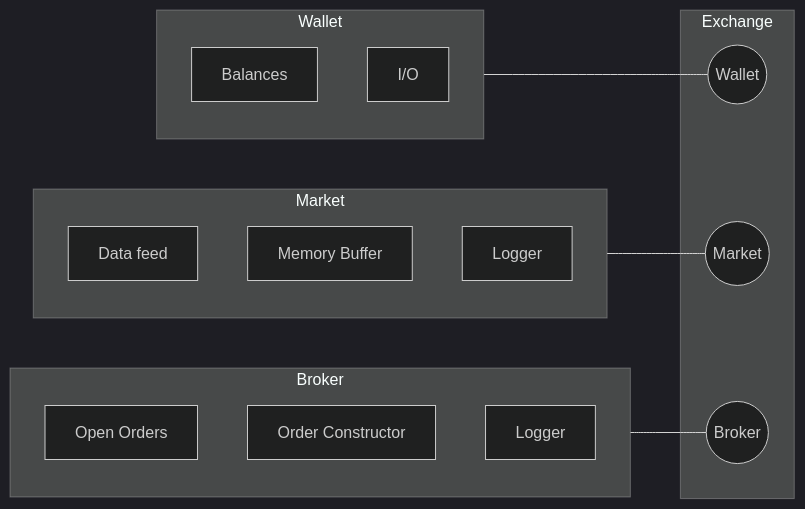
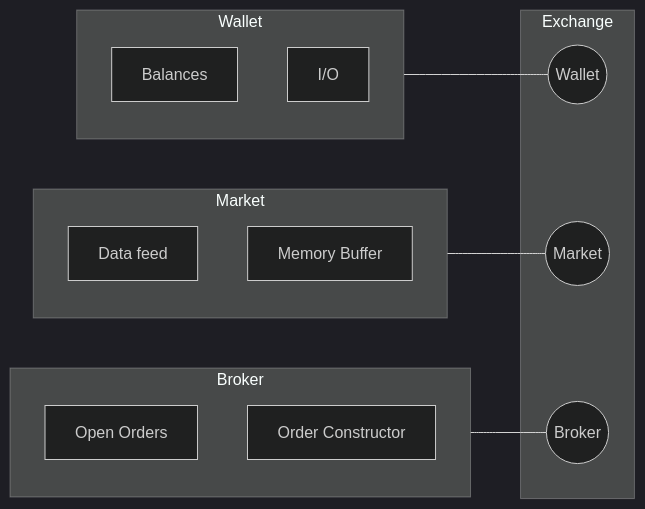
One commit to magi-1/lattice changed the first of 2 diagrams in README.md. Above: the diagram before and after it, drawn with Mermaid (dark theme).

````diff
--- a/README.md
+++ b/README.md
@@ -5,30 +5,28 @@
 ```mermaid
 flowchart LR
 
     subgraph Exchange
     id1((Wallet))
     id2((Market))
     id3((Broker))
     end
 
     subgraph Broker
     id4[Open Orders]
     id5[Order Constructor]
-    id6[Logger]
     end
     
     subgraph Market
     id7[Data feed]
     id8[Memory Buffer]
-    id9[Logger]
     end
 
     subgraph Wallet
     id10[Balances]
     id11[I/O]
     end
     
     Wallet --- id1
     Market --- id2
     Broker --- id3
 ```
````
